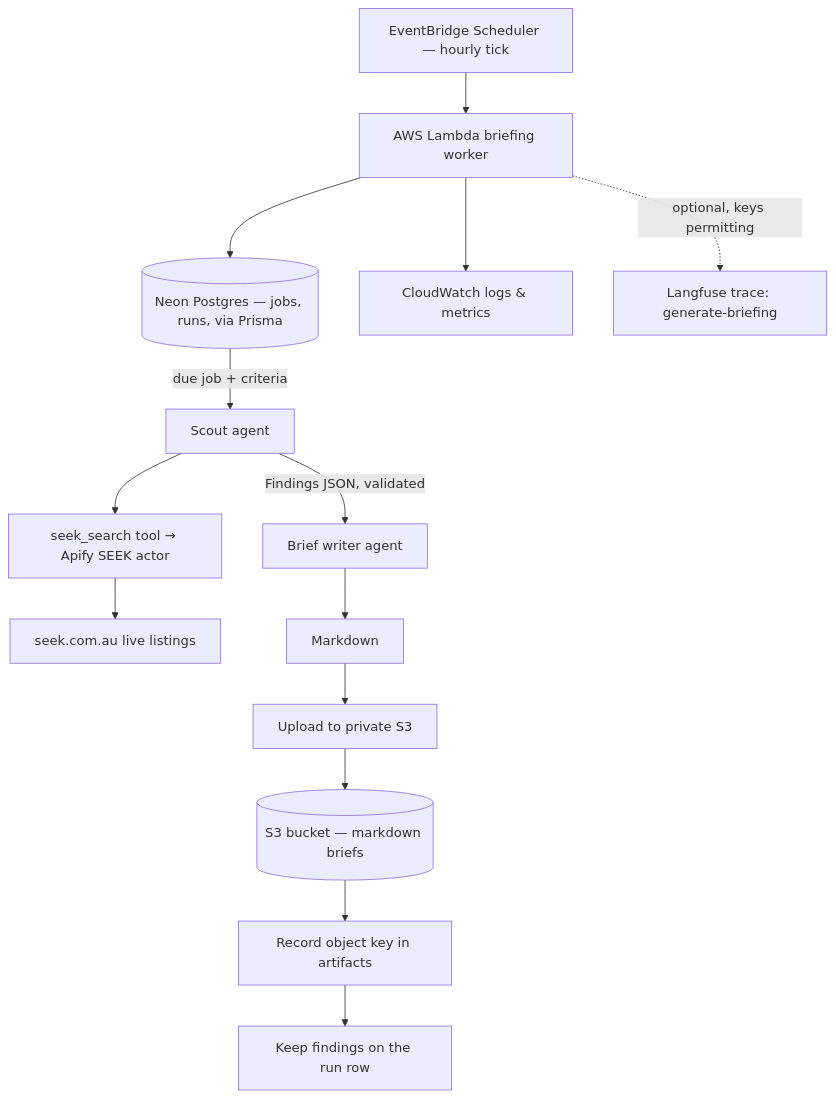
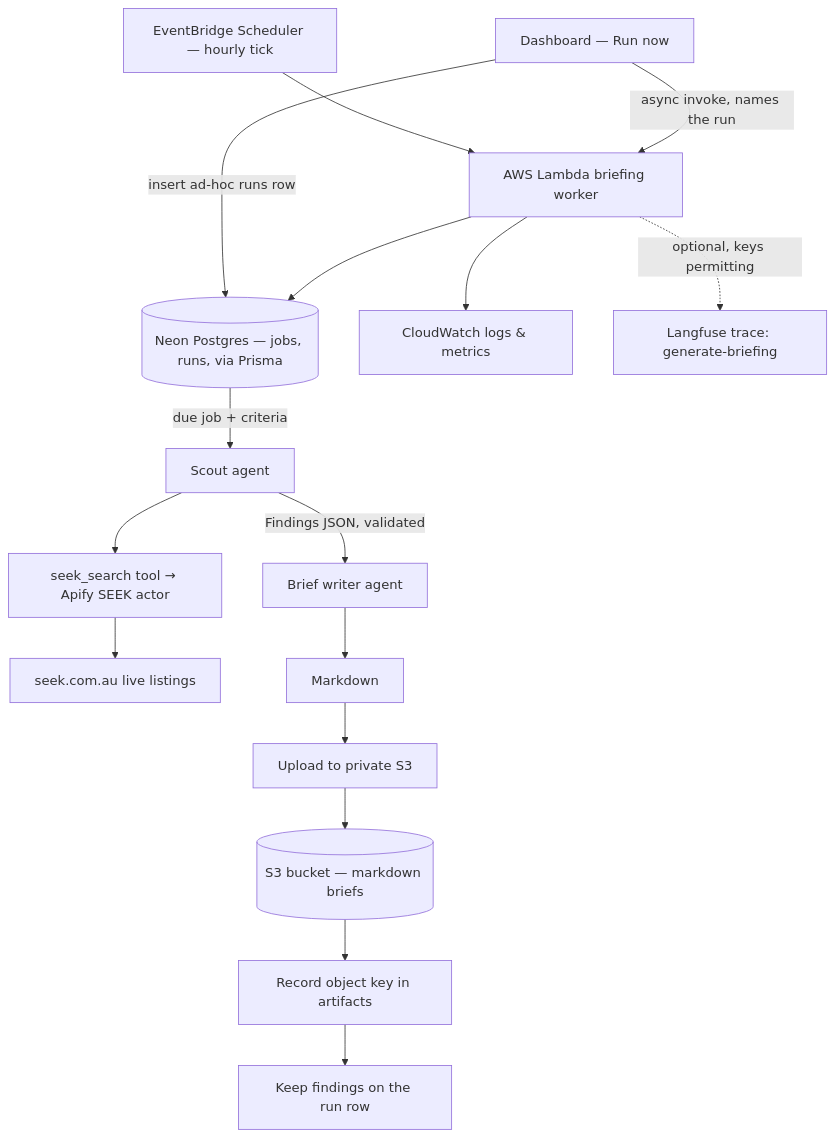
The first of 2 diagrams in OVERVIEW.md (sunnyeyles/control-panel), drawn with Mermaid before and after one commit. The commit also changed other lines of this file and 37 other files, not shown here.

First line of the commit message:
Run a briefing now, from the dashboard

````diff
--- a/OVERVIEW.md
+++ b/OVERVIEW.md
@@ -64,16 +77,18 @@
 ```mermaid
 flowchart TD
     E[EventBridge Scheduler — hourly tick] --> F[AWS Lambda briefing worker]
+    B2[Dashboard — Run now] -->|insert ad-hoc runs row| D
+    B2 -->|async invoke, names the run| F
     F --> D[(Neon Postgres — jobs, runs, via Prisma)]
     D -->|due job + criteria| G[Scout agent]
     G --> T[seek_search tool → Apify SEEK actor]
     T --> X[seek.com.au live listings]
     G -->|Findings JSON, validated| L[Brief writer agent]
     L --> Z[Markdown]
     Z --> U[Upload to private S3]
     U --> V[(S3 bucket — markdown briefs)]
     V --> W[Record object key in artifacts]
     W --> K[Keep findings on the run row]
     F --> CW[CloudWatch logs & metrics]
     F -.->|optional, keys permitting| LF[Langfuse trace: generate-briefing]
 ```
````
